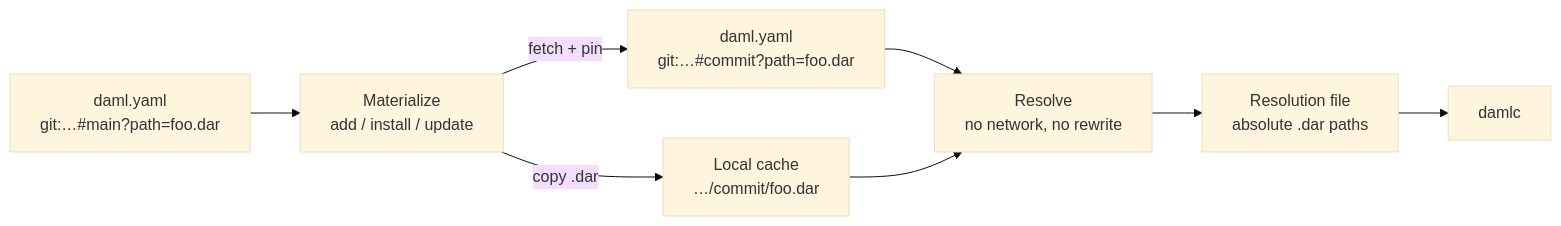
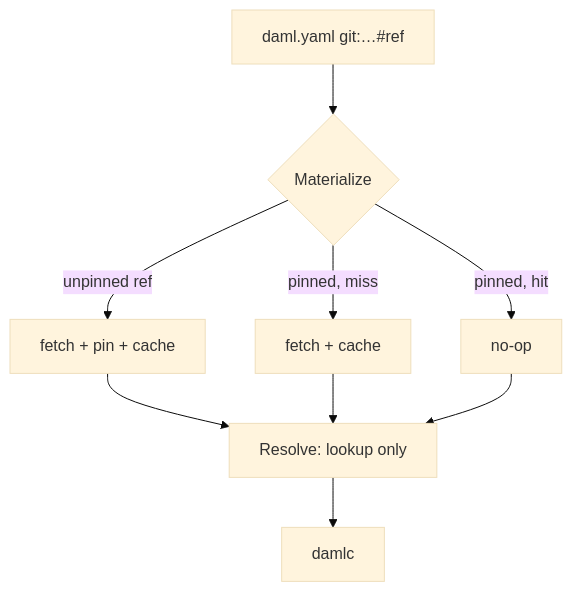
The diagram in technical-design.md (Moonsong-Labs/dpm), drawn with Mermaid (base theme) before and after one commit. The commit also changed other lines of this file, not shown here.

Commit message:
docs: replace materialize/resolve diagram with branch-by-pin-state flow

````diff
--- a/technical-design.md
+++ b/technical-design.md
@@ -40,18 +40,8 @@
 ```mermaid
-flowchart LR
-  yaml["daml.yaml<br/>git:…#main?path=foo.dar"]
-  mat["Materialize<br/>add / install / update"]
-  pinned["daml.yaml<br/>git:…#commit?path=foo.dar"]
-  cache["Local cache<br/>…/commit/foo.dar"]
-  res["Resolve<br/>no network, no rewrite"]
-  file["Resolution file<br/>absolute .dar paths"]
-  damlc["damlc"]
-
-  yaml --> mat
-  mat -->|"fetch + pin"| pinned
-  mat -->|"copy .dar"| cache
-  pinned --> res
-  cache --> res
-  res --> file
-  file --> damlc
+flowchart TD
+  yaml["daml.yaml  git:…#ref"] --> mat{Materialize}
+  mat -->|unpinned ref| pin["fetch + pin + cache"]
+  mat -->|pinned, miss| copy["fetch + cache"]
+  mat -->|pinned, hit| skip[no-op]
+  pin & copy & skip --> res["Resolve: lookup only"] --> damlc
 ```
````
